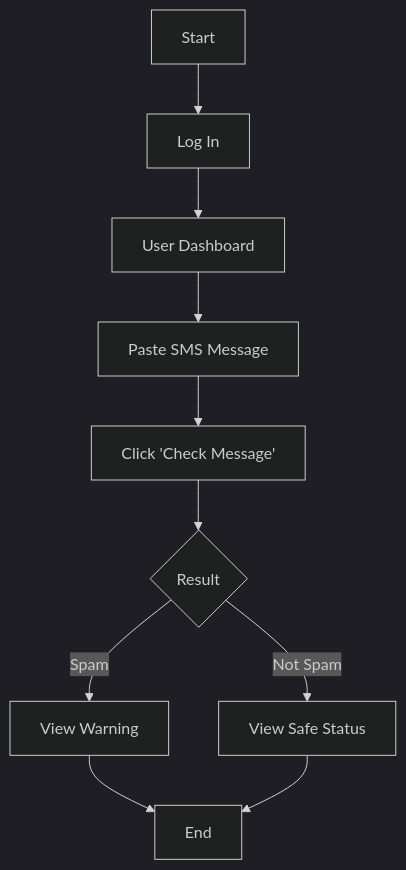
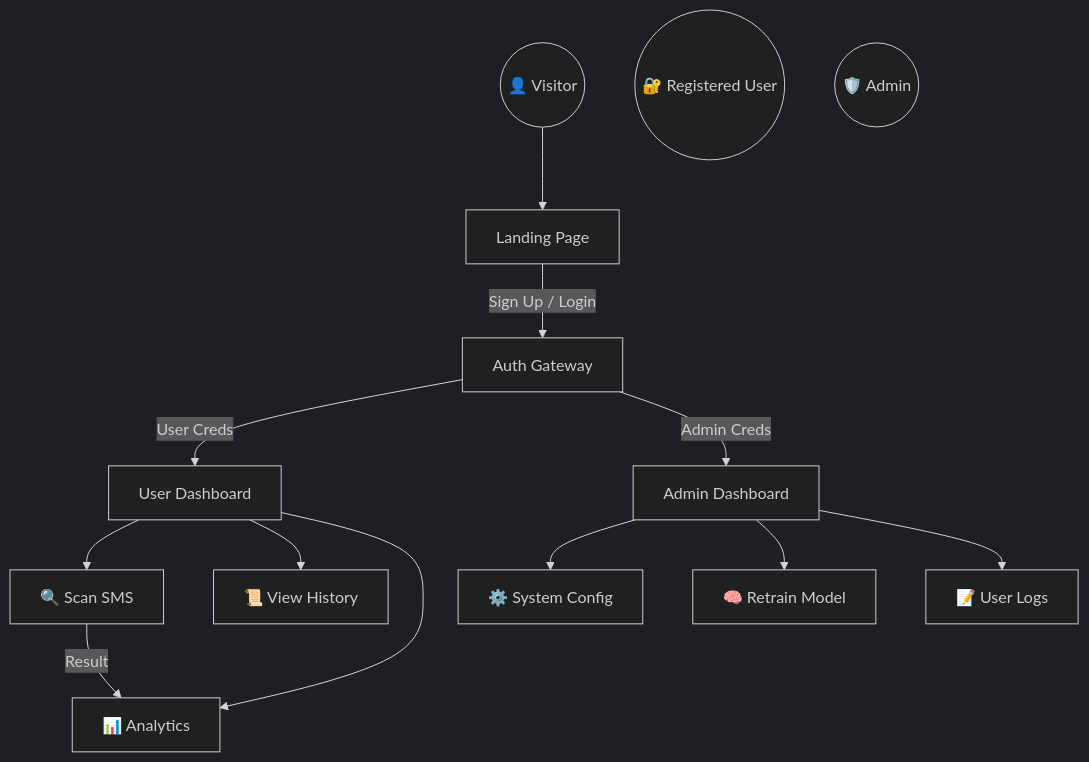
Before and after one commit to SOHAMPAL23/SmartInbox: the first of 2 diagrams in README.md, drawn with Mermaid (dark theme). The commit also changed other lines of this file, not shown here.

````diff
--- a/README.md
+++ b/README.md
@@ -86,12 +40,37 @@
 ```mermaid
-flowchart TD
-    A[Start] --> B[Log In]
-    B --> C[User Dashboard]
-    C --> D[Paste SMS Message]
-    D --> E[Click 'Check Message']
-    E --> F{Result}
-    F -->|Spam| G[View Warning]
-    F -->|Not Spam| H[View Safe Status]
-    G --> I[End]
-    H --> I
+graph TD
+    %% Nodes
+    Visitor((👤 Visitor))
+    User((🔐 Registered User))
+    Admin((🛡️ Admin))
+    
+    Land[Landing Page]
+    Auth[Auth Gateway]
+    Dash_U[User Dashboard]
+    Dash_A[Admin Dashboard]
+    
+    Scan[🔍 Scan SMS]
+    Hist[📜 View History]
+    Stat[📊 Analytics]
+    
+    Sys[⚙️ System Config]
+    Train[🧠 Retrain Model]
+    Logs[📝 User Logs]
+
+    %% Edges
+    Visitor --> Land
+    Land -->|Sign Up / Login| Auth
+    
+    Auth -->|User Creds| Dash_U
+    Auth -->|Admin Creds| Dash_A
+    
+    Dash_U --> Scan
+    Dash_U --> Hist
+    Dash_U --> Stat
+    
+    Dash_A --> Sys
+    Dash_A --> Train
+    Dash_A --> Logs
+    
+    Scan -->|Result| Stat
 ```
````
